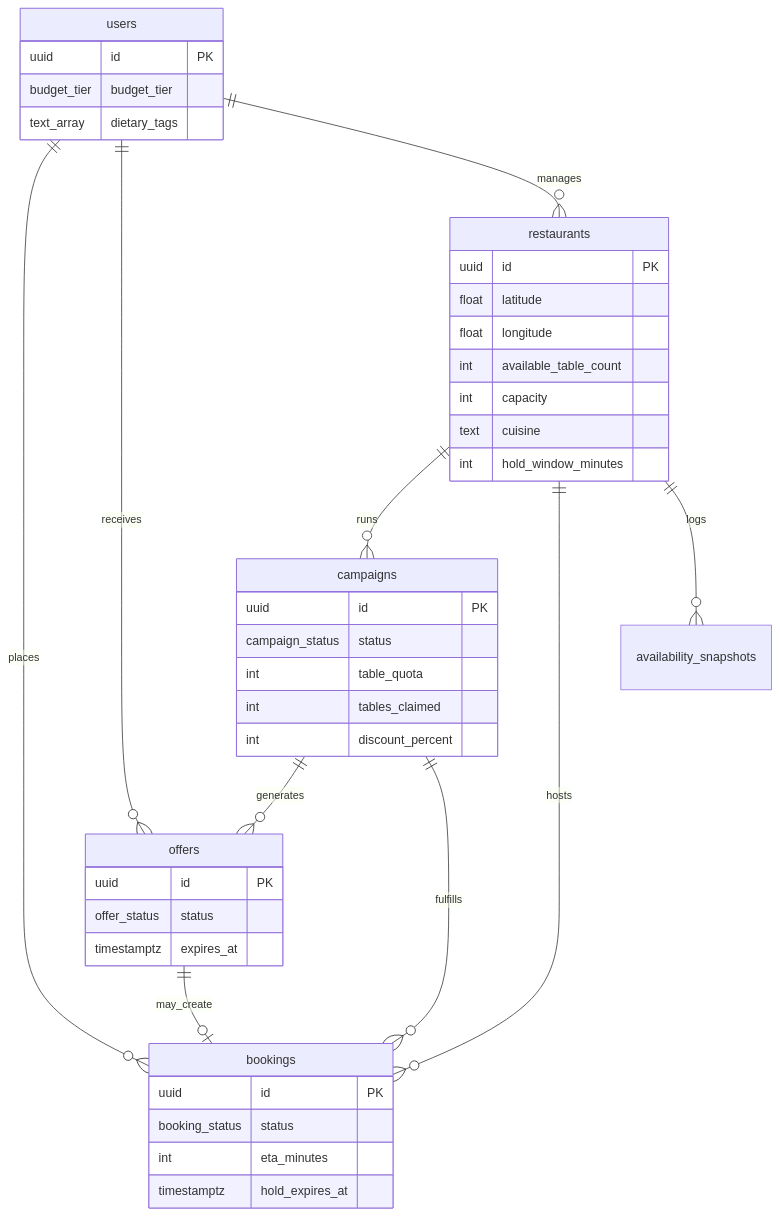
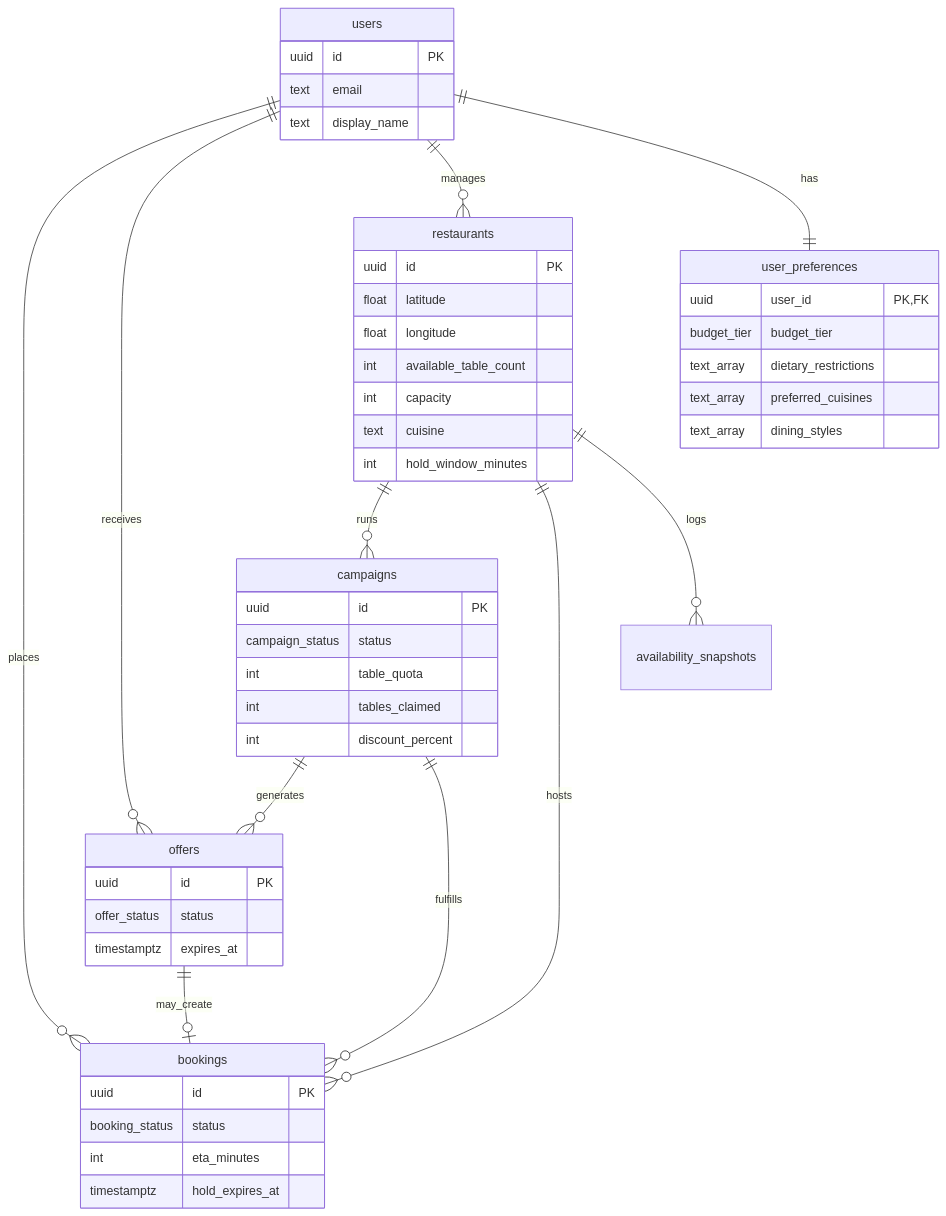
Before and after one commit to chukwuemekanwoke-jpg/comp47360-team2: the diagram in database/schema.md, drawn with Mermaid. The commit also changed other lines of this file and 28 other files, not shown here.

Commit message:
feat: move categorized user preferences to dedicated table

````diff
--- a/database/schema.md
+++ b/database/schema.md
@@ -7,49 +7,58 @@
 ```mermaid
 erDiagram
   users ||--o{ bookings : places
   users ||--o{ offers : receives
   users ||--o{ restaurants : manages
+  users ||--|| user_preferences : has
   restaurants ||--o{ campaigns : runs
   restaurants ||--o{ bookings : hosts
   restaurants ||--o{ availability_snapshots : logs
   campaigns ||--o{ offers : generates
   campaigns ||--o{ bookings : fulfills
   offers ||--o| bookings : may_create
 
   users {
     uuid id PK
+    text email
+    text display_name
+  }
+
+  user_preferences {
+    uuid user_id PK,FK
     budget_tier budget_tier
-    text_array dietary_tags
+    text_array dietary_restrictions
+    text_array preferred_cuisines
+    text_array dining_styles
   }
 
   restaurants {
     uuid id PK
     float latitude
     float longitude
     int available_table_count
     int capacity
     text cuisine
     int hold_window_minutes
   }
 
   campaigns {
     uuid id PK
     campaign_status status
     int table_quota
     int tables_claimed
     int discount_percent
   }
 
   offers {
     uuid id PK
     offer_status status
     timestamptz expires_at
   }
 
   bookings {
     uuid id PK
     booking_status status
     int eta_minutes
     timestamptz hold_expires_at
   }
 ```
````
